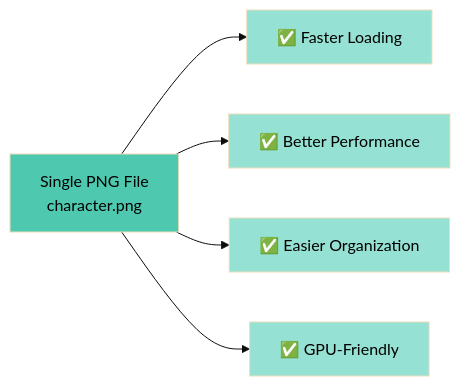
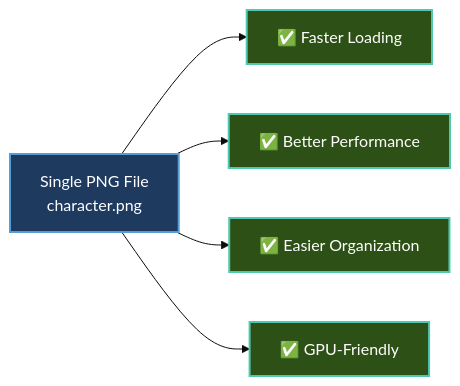
Before and after one commit to CrazyPickleStudios/Brine2D-Documentation: the third of 3 diagrams in docs/tutorials/animations.md, drawn with Mermaid (base theme). The commit also changed other lines of this file and 9 other files, not shown here.

````diff
--- a/docs/tutorials/animations.md
+++ b/docs/tutorials/animations.md
@@ -107,13 +109,13 @@
 ```mermaid
 graph LR
     A["Single PNG File<br/>character.png"] --> B["✅ Faster Loading"]
     A --> C["✅ Better Performance"]
     A --> D["✅ Easier Organization"]
     A --> E["✅ GPU-Friendly"]
-    
-    style A fill:#4ec9b0,color:#000
-    style B fill:#95e1d3,color:#000
-    style C fill:#95e1d3,color:#000
-    style D fill:#95e1d3,color:#000
-    style E fill:#95e1d3,color:#000
+
+    style A fill:#1e3a5f,stroke:#569cd6,stroke-width:2px,color:#fff
+style B fill:#2d5016,stroke:#4ec9b0,stroke-width:2px,color:#fff
+style C fill:#2d5016,stroke:#4ec9b0,stroke-width:2px,color:#fff
+style D fill:#2d5016,stroke:#4ec9b0,stroke-width:2px,color:#fff
+style E fill:#2d5016,stroke:#4ec9b0,stroke-width:2px,color:#fff
 ```
````
